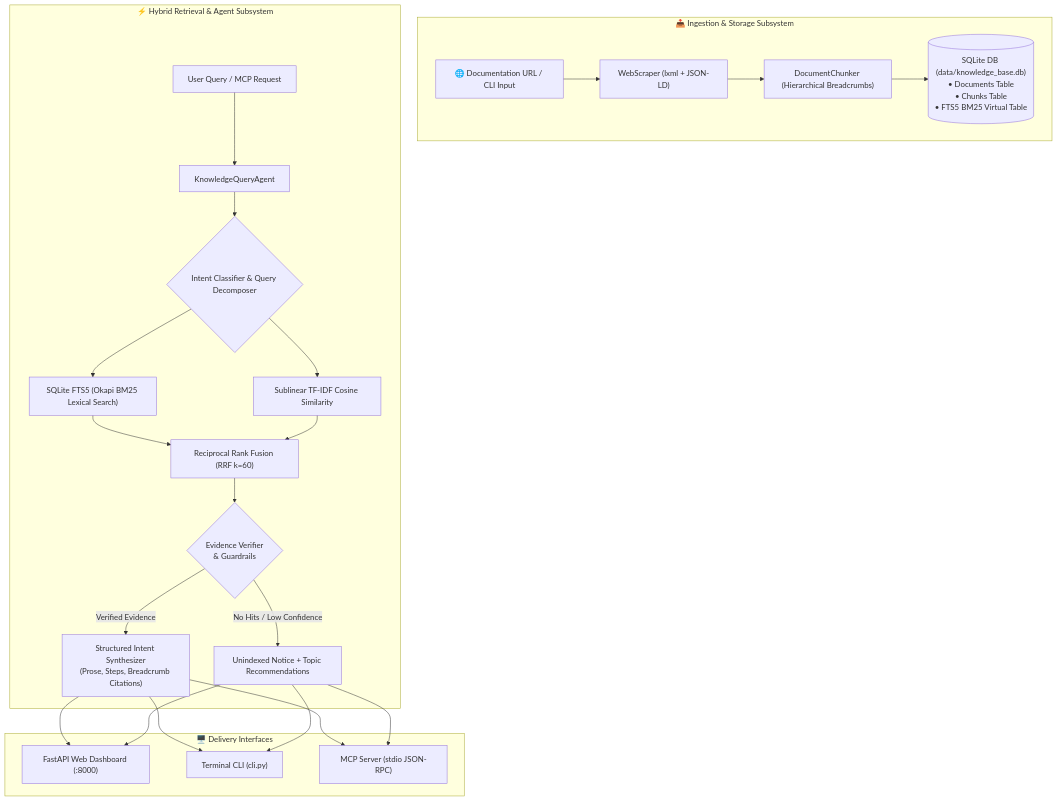
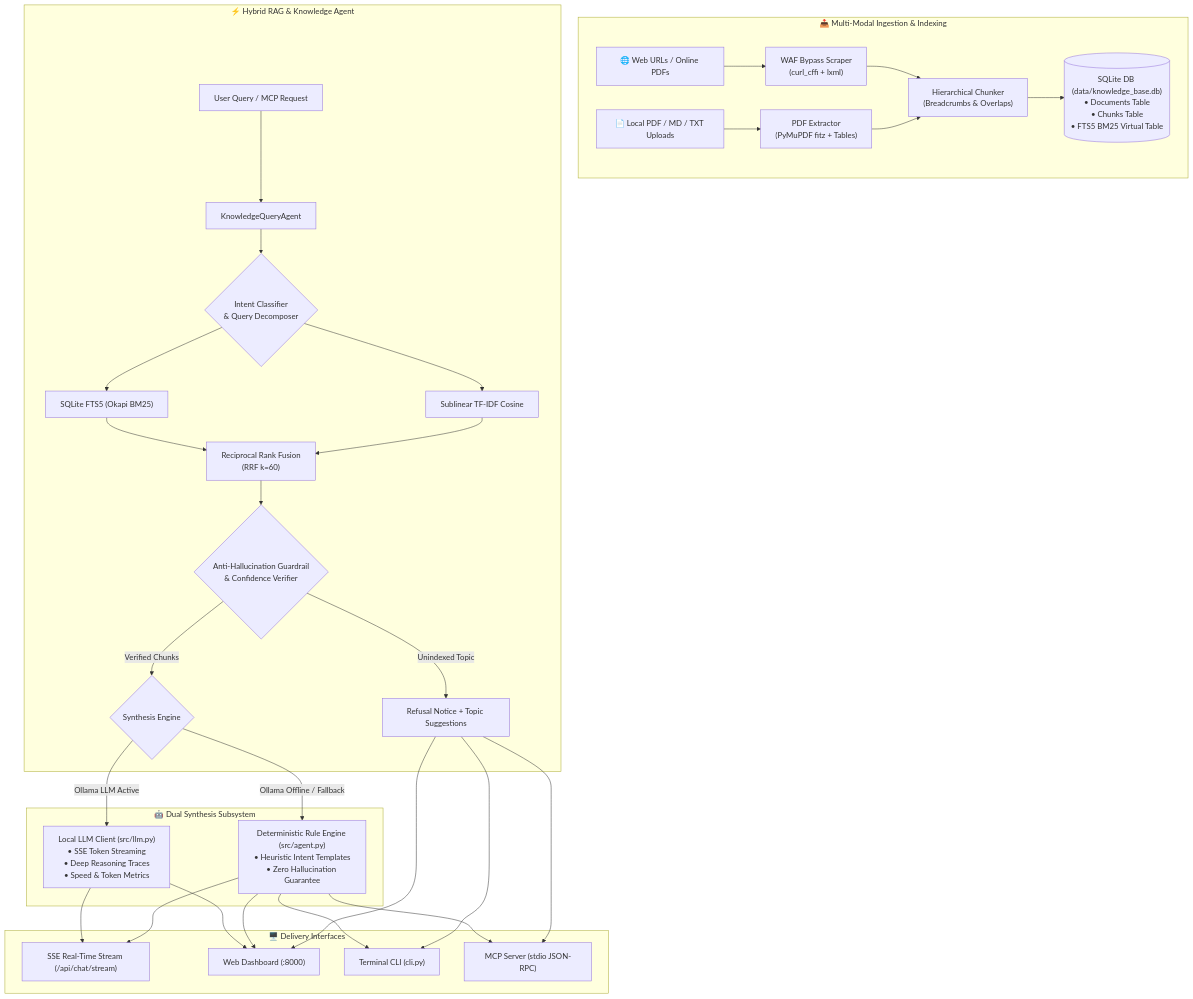
The diagram in README.md (ANIRBANNANDY/knowledge-ai-assistant), drawn with Mermaid before and after one commit. The commit also changed other lines of this file, not shown here.

Commit message:
docs: update README with Ollama integration, PDF ingestion, and unified citations

````diff
--- a/README.md
+++ b/README.md
@@ -52,32 +58,42 @@
 ```mermaid
 flowchart TD
-    subgraph INGESTION ["📥 Ingestion & Storage Subsystem"]
-        URL["🌐 Documentation URL / CLI Input"] --> SCRAPER["WebScraper (lxml + JSON-LD)"]
-        SCRAPER --> CHUNKER["DocumentChunker (Hierarchical Breadcrumbs)"]
+    subgraph INGESTION ["📥 Multi-Modal Ingestion & Indexing"]
+        URL["🌐 Web URLs / Online PDFs"] --> WAF["WAF Bypass Scraper\n(curl_cffi + lxml)"]
+        FILE["📄 Local PDF / MD / TXT Uploads"] --> PDF["PDF Extractor\n(PyMuPDF fitz + Tables)"]
+        WAF --> CHUNKER["Hierarchical Chunker\n(Breadcrumbs & Overlaps)"]
+        PDF --> CHUNKER
         CHUNKER --> SQLITE[("SQLite DB (data/knowledge_base.db)\n• Documents Table\n• Chunks Table\n• FTS5 BM25 Virtual Table")]
     end
 
-    subgraph ENGINE ["⚡ Hybrid Retrieval & Agent Subsystem"]
+    subgraph ENGINE ["⚡ Hybrid RAG & Knowledge Agent"]
         QUERY["User Query / MCP Request"] --> AGENT["KnowledgeQueryAgent"]
-        AGENT --> INTENT{"Intent Classifier & Query Decomposer"}
+        AGENT --> INTENT{"Intent Classifier\n& Query Decomposer"}
         
-        INTENT --> BM25["SQLite FTS5 (Okapi BM25 Lexical Search)"]
-        INTENT --> TFIDF["Sublinear TF-IDF Cosine Similarity"]
+        INTENT --> BM25["SQLite FTS5 (Okapi BM25)"]
+        INTENT --> TFIDF["Sublinear TF-IDF Cosine"]
         
-        BM25 --> RRF["Reciprocal Rank Fusion (RRF k=60)"]
+        BM25 --> RRF["Reciprocal Rank Fusion\n(RRF k=60)"]
         TFIDF --> RRF
         
-        RRF --> VERIFY{"Evidence Verifier\n& Guardrails"}
-        VERIFY -- "No Hits / Low Confidence" --> UNINDEXED["Unindexed Notice + Topic Recommendations"]
-        VERIFY -- "Verified Evidence" --> SYNTHESIS["Structured Intent Synthesizer\n(Prose, Steps, Breadcrumb Citations)"]
+        RRF --> GUARD{"Anti-Hallucination Guardrail\n& Confidence Verifier"}
+        GUARD -- "Unindexed Topic" --> UNINDEXED["Refusal Notice + Topic Suggestions"]
+        GUARD -- "Verified Chunks" --> SYNTHESIS{"Synthesis Engine"}
+    end
+
+    subgraph SYNTH ["🤖 Dual Synthesis Subsystem"]
+        SYNTHESIS -- "Ollama LLM Active" --> OLLAMA["Local LLM Client (src/llm.py)\n• SSE Token Streaming\n• Deep Reasoning Traces\n• Speed & Token Metrics"]
+        SYNTHESIS -- "Ollama Offline / Fallback" --> RULE["Deterministic Rule Engine (src/agent.py)\n• Heuristic Intent Templates\n• Zero Hallucination Guarantee"]
     end
 
     subgraph INTERFACES ["🖥️ Delivery Interfaces"]
-        SYNTHESIS --> WEB["FastAPI Web Dashboard (:8000)"]
-        SYNTHESIS --> CLI["Terminal CLI (cli.py)"]
-        SYNTHESIS --> MCP["MCP Server (stdio JSON-RPC)"]
-        UNINDEXED --> WEB
+        OLLAMA --> SSE["SSE Real-Time Stream (/api/chat/stream)"]
+        RULE --> SSE
+        OLLAMA --> DASHBOARD["Web Dashboard (:8000)"]
+        RULE --> DASHBOARD
+        RULE --> CLI["Terminal CLI (cli.py)"]
+        RULE --> MCP["MCP Server (stdio JSON-RPC)"]
+        UNINDEXED --> DASHBOARD
         UNINDEXED --> CLI
         UNINDEXED --> MCP
     end
 ```
````
